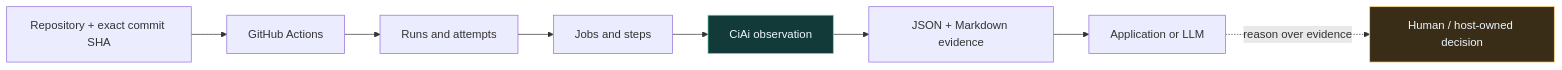
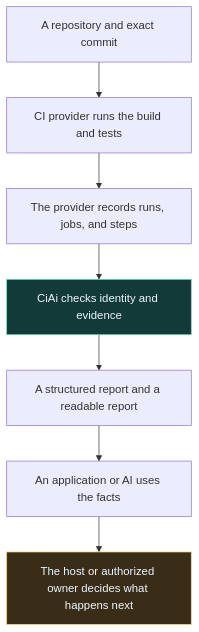
The diagram in docs/articles/CiAi-Making-a-Growing-Software-Ecosystem-Understandable-to-AI.md (TrentBest/TheSingularityWorkshop.CiAi), drawn with Mermaid before and after one commit. The commit also changed other lines of this file, not shown here.

```diff
--- a/docs/articles/CiAi-Making-a-Growing-Software-Ecosystem-Understandable-to-AI.md
+++ b/docs/articles/CiAi-Making-a-Growing-Software-Ecosystem-Understandable-to-AI.md
@@ -61,12 +81,11 @@
 ~~~mermaid
-flowchart LR
-    A["Repository + exact commit SHA"] --> B["GitHub Actions"]
-    B --> C["Runs and attempts"]
-    C --> D["Jobs and steps"]
-    D --> E["CiAi observation"]
-    E --> F["JSON + Markdown evidence"]
-    F --> G["Application or LLM"]
-    G -. "reason over evidence" .-> H["Human / host-owned decision"]
-    style E fill:#123a39,stroke:#66e0be,color:#edf7ff
-    style H fill:#3a2d18,stroke:#ffd27d,color:#edf7ff
+flowchart TD
+    A["A repository and exact commit"] --> B["CI provider runs the build and tests"]
+    B --> C["The provider records runs, jobs, and steps"]
+    C --> D["CiAi checks identity and evidence"]
+    D --> E["A structured report and a readable report"]
+    E --> F["An application or AI uses the facts"]
+    F --> G["The host or authorized owner decides what happens next"]
+    style D fill:#123a39,stroke:#66e0be,color:#edf7ff
+    style G fill:#3a2d18,stroke:#ffd27d,color:#edf7ff
 ~~~
```
